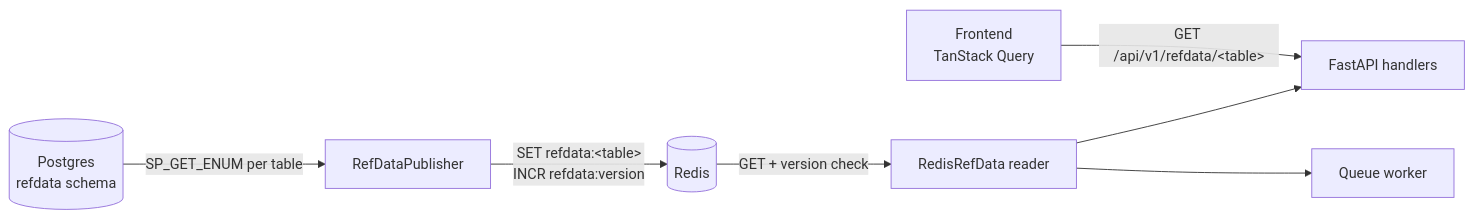
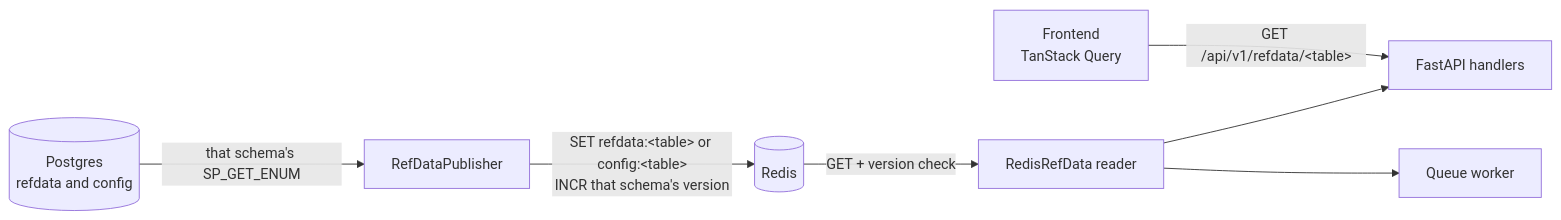
Before and after one commit to alfred1123/Quant_Strategies: the diagram in docs/architecture/refdata-cache.md, drawn with Mermaid. The commit also changed other lines of this file and 60 other files, not shown here.

First line of the commit message:
Give policy rows their own schema, procedure, and cache.

````diff
--- a/docs/architecture/refdata-cache.md
+++ b/docs/architecture/refdata-cache.md
@@ -21,9 +21,9 @@
 ```mermaid
 flowchart LR
-  PG[(Postgres<br/>refdata schema)] -->|SP_GET_ENUM per table| PUB[RefDataPublisher]
-  PUB -->|SET refdata:&lt;table&gt;<br/>INCR refdata:version| REDIS[(Redis)]
+  PG[(Postgres<br/>refdata and config)] -->|that schema's SP_GET_ENUM| PUB[RefDataPublisher]
+  PUB -->|SET refdata:&lt;table&gt; or config:&lt;table&gt;<br/>INCR that schema's version| REDIS[(Redis)]
   REDIS -->|GET + version check| RD[RedisRefData reader]
   RD --> API[FastAPI handlers]
   RD --> WK[Queue worker]
   FE[Frontend<br/>TanStack Query] -->|GET /api/v1/refdata/&lt;table&gt;| API
 ```
````
